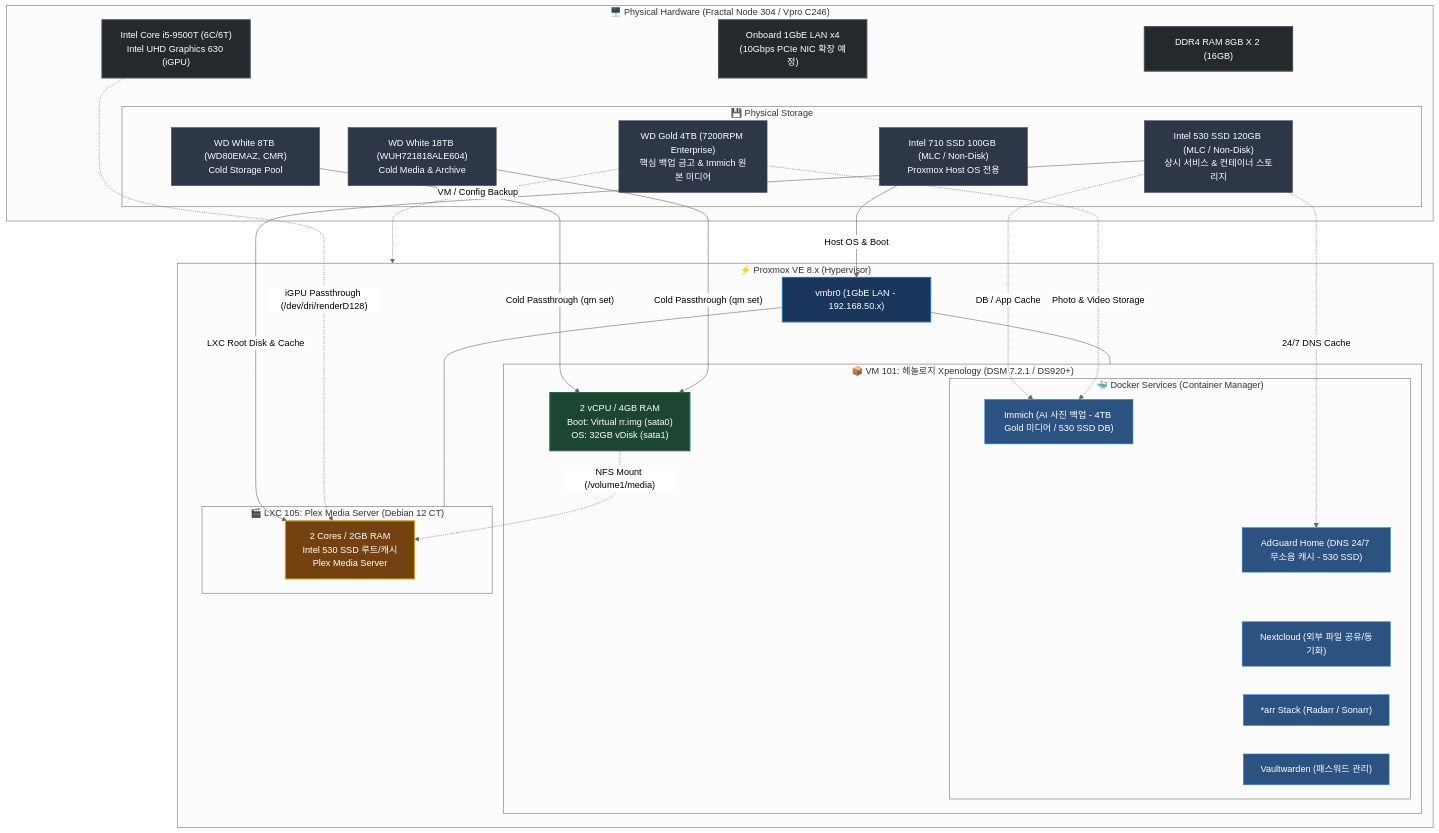
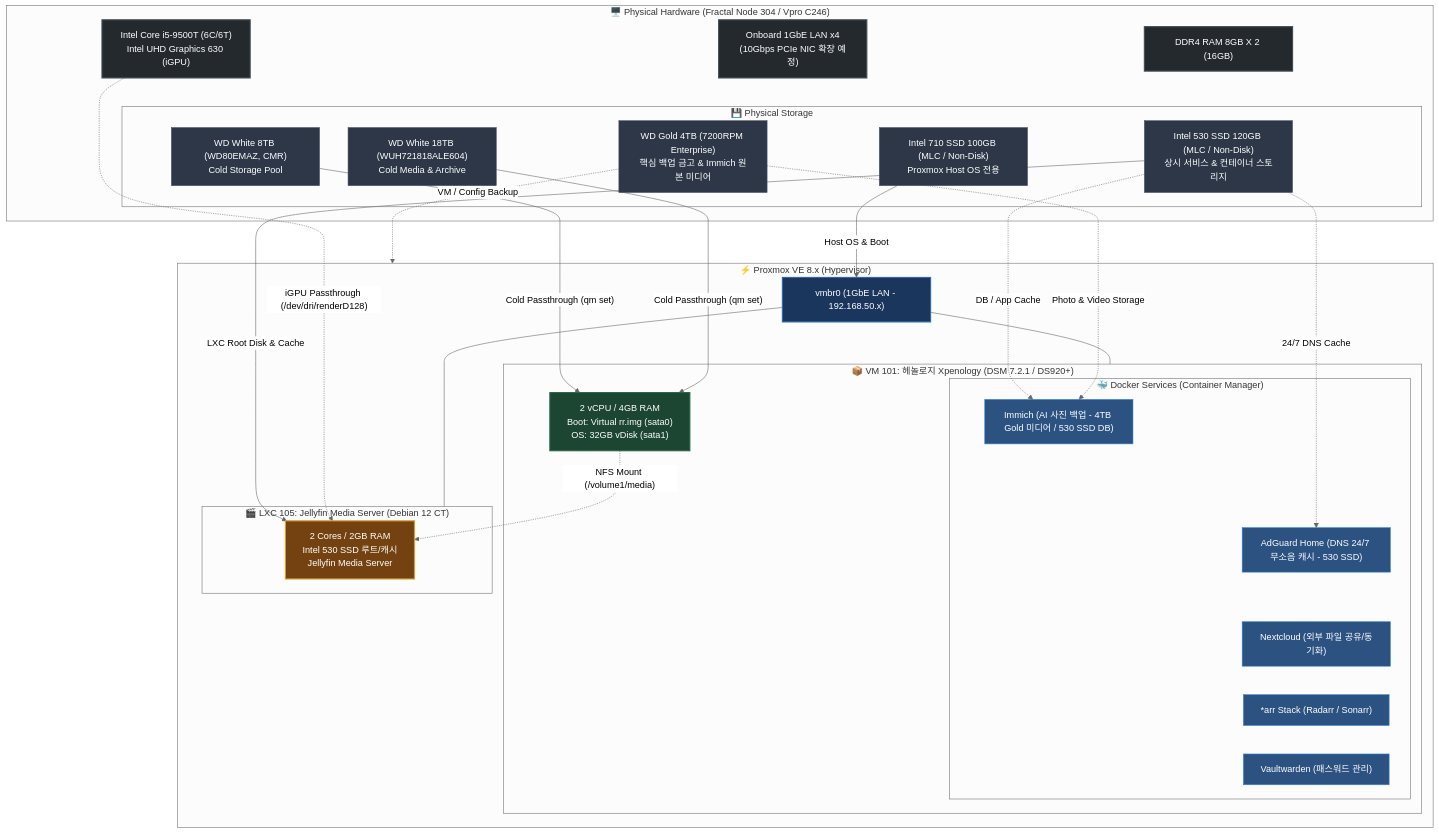
One commit to waceh/nas changed the diagram in README.md. Above: the diagram before and after it, drawn with Mermaid (neutral theme). The commit also changed other lines of this file and 6 other files, not shown here.

````diff
--- a/README.md
+++ b/README.md
@@ -16,76 +16,76 @@
 ```mermaid
 flowchart TB
     %% Styles
     classDef hw fill:#24292e,stroke:#444d56,stroke-width:2px,color:#fff;
     classDef pve fill:#1a365d,stroke:#2b6cb0,stroke-width:2px,color:#fff;
     classDef vm fill:#1c4532,stroke:#276749,stroke-width:2px,color:#fff;
     classDef lxc fill:#744210,stroke:#d69e2e,stroke-width:2px,color:#fff;
     classDef docker fill:#2c5282,stroke:#3182ce,stroke-width:1px,color:#fff;
     classDef disk fill:#2d3748,stroke:#4a5568,stroke-width:1px,color:#fff;
 
     %% 1. 상단 박스: Physical Hardware
     subgraph HW["🖥️ Physical Hardware (Fractal Node 304 / Vpro C246)"]
         CPU["Intel Core i5-9500T (6C/6T)<br/>Intel UHD Graphics 630 (iGPU)"]:::hw
         RAM["DDR4 RAM 8GB X 2 (16GB)"]:::hw
         NIC["Onboard 1GbE LAN x4<br/>(10Gbps PCIe NIC 확장 예정)"]:::hw
         
         subgraph Disks["💾 Physical Storage"]
             SSD_710["Intel 710 SSD 100GB (MLC / Non-Disk)<br/>Proxmox Host OS 전용"]:::disk
             SSD_530["Intel 530 SSD 120GB (MLC / Non-Disk)<br/>상시 서비스 & 컨테이너 스토리지"]:::disk
             WD_Gold["WD Gold 4TB (7200RPM Enterprise)<br/>핵심 백업 금고 & Immich 원본 미디어"]:::disk
             WD_White_8TB["WD White 8TB (WD80EMAZ, CMR)<br/>Cold Storage Pool"]:::disk
             WD_White_18TB["WD White 18TB (WUH721818ALE604)<br/>Cold Media & Archive"]:::disk
         end
     end
 
     %% 2. 하단 박스: Proxmox VE
     subgraph PVE["⚡ Proxmox VE 8.x (Hypervisor)"]
         VMBR0["vmbr0 (1GbE LAN - 192.168.50.x)"]:::pve
         
         %% VM 101: Xpenology
         subgraph VM101["📦 VM 101: 헤놀로지 Xpenology (DSM 7.2.1 / DS920+)"]
             NAS_SPEC["2 vCPU / 4GB RAM<br/>Boot: Virtual rr.img (sata0)<br/>OS: 32GB vDisk (sata1)"]:::vm
             
             subgraph Docker["🐳 Docker Services (Container Manager)"]
                 D2["Immich (AI 사진 백업 - 4TB Gold 미디어 / 530 SSD DB)"]:::docker
                 D4["AdGuard Home (DNS 24/7 무소음 캐시 - 530 SSD)"]:::docker
                 D1["Nextcloud (외부 파일 공유/동기화)"]:::docker
                 D3["*arr Stack (Radarr / Sonarr)"]:::docker
                 D5["Vaultwarden (패스워드 관리)"]:::docker
                 
                 D2 ~~~ D4
                 D4 ~~~ D1
                 D1 ~~~ D3
                 D3 ~~~ D5
             end
         end
 
-        %% LXC 105: Plex
-        subgraph LXC105["🎬 LXC 105: Plex Media Server (Debian 12 CT)"]
-            PLEX_SPEC["2 Cores / 2GB RAM<br/>Intel 530 SSD 루트/캐시<br/>Plex Media Server"]:::lxc
+        %% LXC 105: Jellyfin
+        subgraph LXC105["🎬 LXC 105: Jellyfin Media Server (Debian 12 CT)"]
+            JELLY_SPEC["2 Cores / 2GB RAM<br/>Intel 530 SSD 루트/캐시<br/>Jellyfin Media Server"]:::lxc
         end
     end
 
     %% 상하 세로 배치 제약
     CPU ~~~ SSD_710
     RAM ~~~ SSD_530
     NIC ~~~ WD_Gold
 
     %% Storage & Passthrough Links
     SSD_710 -->|"Host OS & Boot"| VMBR0
-    SSD_530 -->|"LXC Root Disk & Cache"| PLEX_SPEC
+    SSD_530 -->|"LXC Root Disk & Cache"| JELLY_SPEC
     SSD_530 -.->|"DB / App Cache"| D2
     SSD_530 -.->|"24/7 DNS Cache"| D4
     WD_Gold -.->|"Photo & Video Storage"| D2
     WD_Gold -.->|"VM / Config Backup"| PVE
     WD_White_8TB -->|"Cold Passthrough (qm set)"| NAS_SPEC
     WD_White_18TB -->|"Cold Passthrough (qm set)"| NAS_SPEC
     
     %% Hardware Acceleration
-    CPU -.->|"iGPU Passthrough (/dev/dri/renderD128)"| PLEX_SPEC
+    CPU -.->|"iGPU Passthrough (/dev/dri/renderD128)"| JELLY_SPEC
     
     %% Network & Shared Storage
     VMBR0 --- VM101
     VMBR0 --- LXC105
-    NAS_SPEC -.->|"NFS Mount (/volume1/media)"| PLEX_SPEC
+    NAS_SPEC -.->|"NFS Mount (/volume1/media)"| JELLY_SPEC
 ```
````
